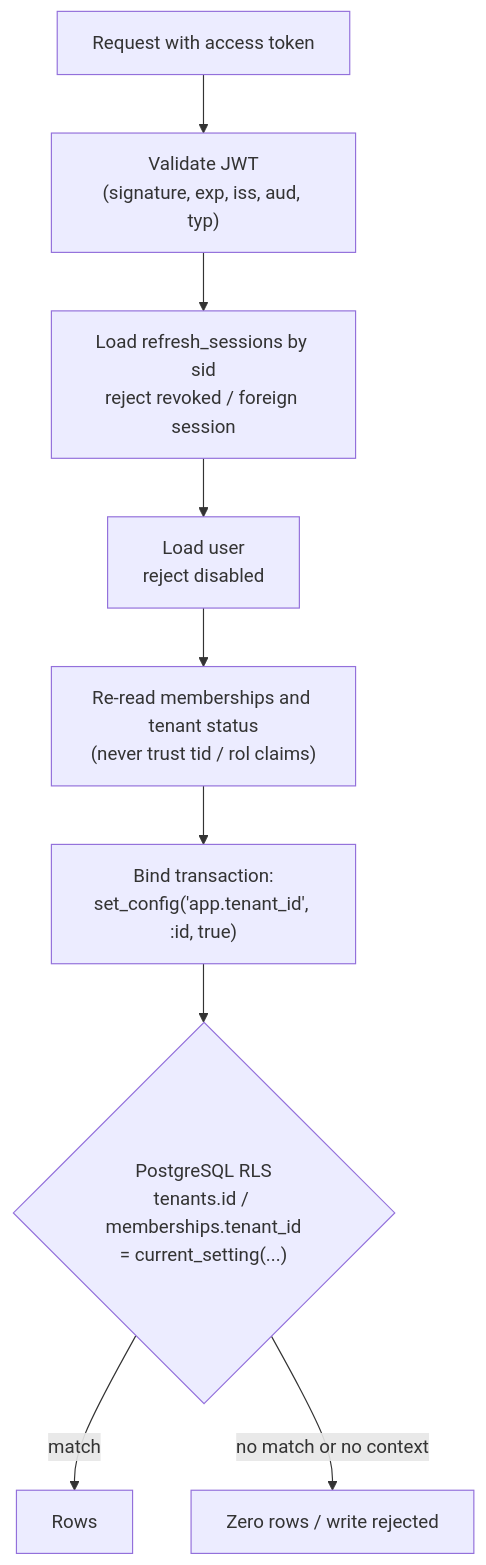
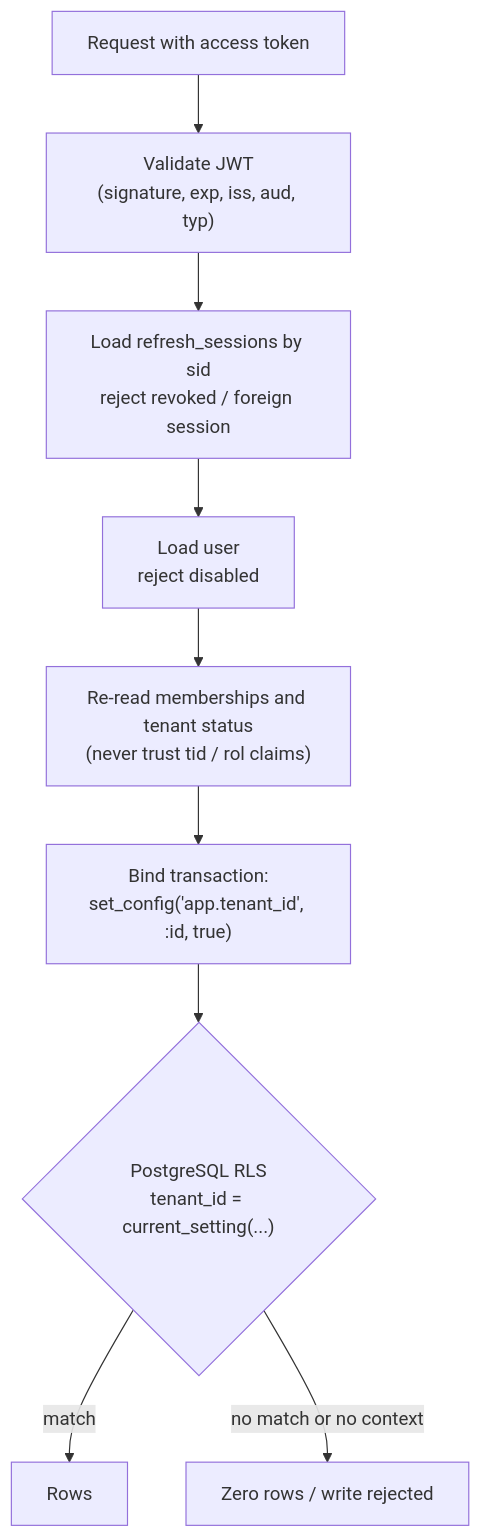
Before and after one commit to ashour-git/Zain-Agri: the diagram in docs/security/TENANT_ISOLATION.md, drawn with Mermaid. The commit also changed other lines of this file and 63 other files, not shown here.

````diff
--- a/docs/security/TENANT_ISOLATION.md
+++ b/docs/security/TENANT_ISOLATION.md
@@ -20,11 +20,11 @@
 ```mermaid
 flowchart TB
     req["Request with access token"] --> jwt["Validate JWT<br/>(signature, exp, iss, aud, typ)"]
     jwt --> sess["Load refresh_sessions by sid<br/>reject revoked / foreign session"]
     sess --> user["Load user<br/>reject disabled"]
     user --> members["Re-read memberships and tenant status<br/>(never trust tid / rol claims)"]
     members --> ctx["Bind transaction:<br/>set_config('app.tenant_id', :id, true)"]
-    ctx --> rls{"PostgreSQL RLS<br/>tenants.id / memberships.tenant_id<br/>= current_setting(...)"}
+    ctx --> rls{"PostgreSQL RLS<br/>tenant_id = current_setting(...)"}
     rls -->|match| data["Rows"]
     rls -->|no match or no context| nothing["Zero rows / write rejected"]
 ```
````
